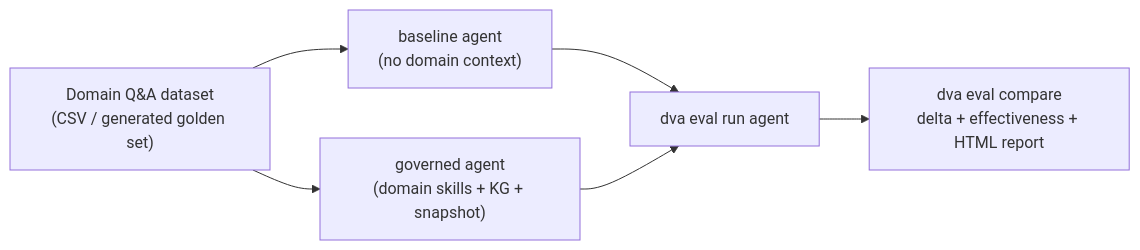
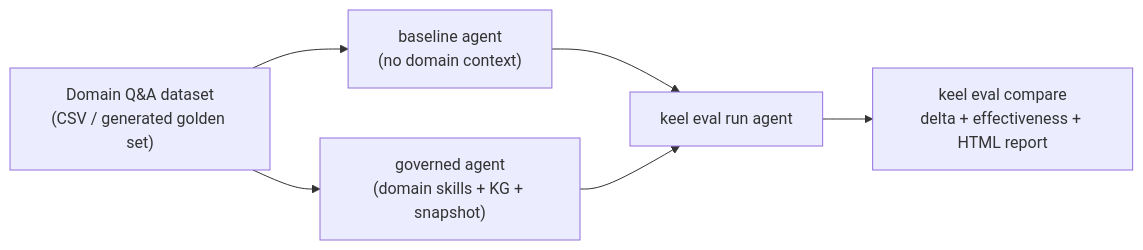
One commit to VcCorg/keelyard changed the fifth of 5 diagrams in docs/DOMAIN_ONBOARDING_GOVERNANCE_DEMO.md. Above: the diagram before and after it, drawn with Mermaid. The commit also changed other lines of this file and 346 other files, not shown here.

````diff
--- a/docs/DOMAIN_ONBOARDING_GOVERNANCE_DEMO.md
+++ b/docs/DOMAIN_ONBOARDING_GOVERNANCE_DEMO.md
@@ -256,8 +256,8 @@
 ```mermaid
 flowchart LR
     DS["Domain Q&A dataset<br/>(CSV / generated golden set)"] --> B["baseline agent<br/>(no domain context)"]
     DS --> G["governed agent<br/>(domain skills + KG + snapshot)"]
-    B --> EV["dva eval run agent"]
+    B --> EV["keel eval run agent"]
     G --> EV
-    EV --> CMP["dva eval compare<br/>delta + effectiveness + HTML report"]
+    EV --> CMP["keel eval compare<br/>delta + effectiveness + HTML report"]
 ```
````
